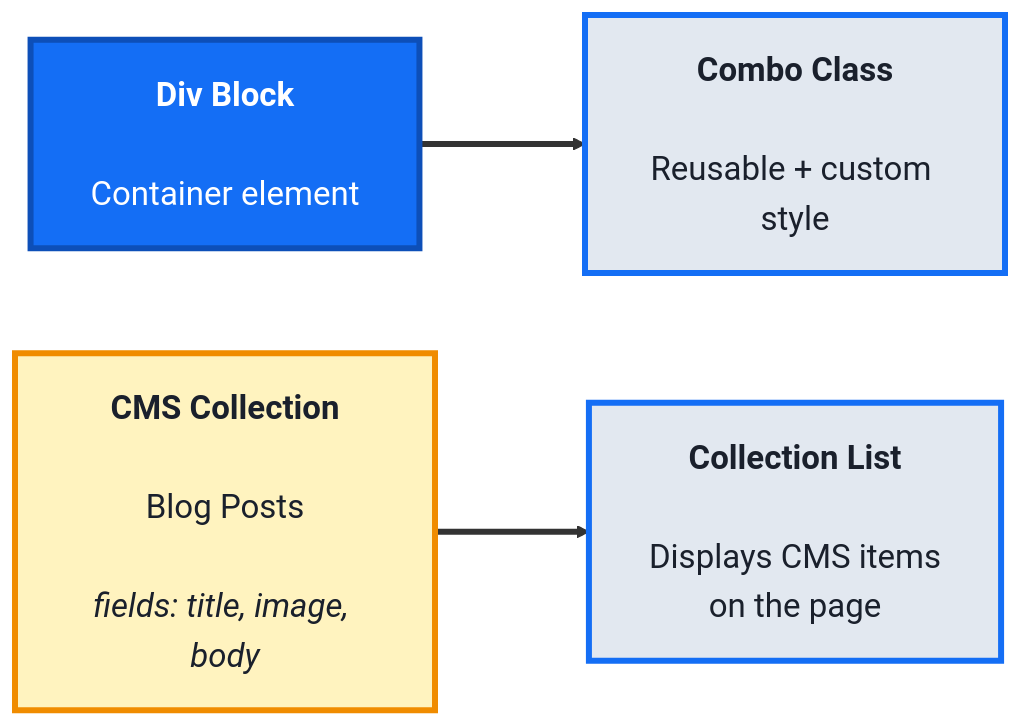
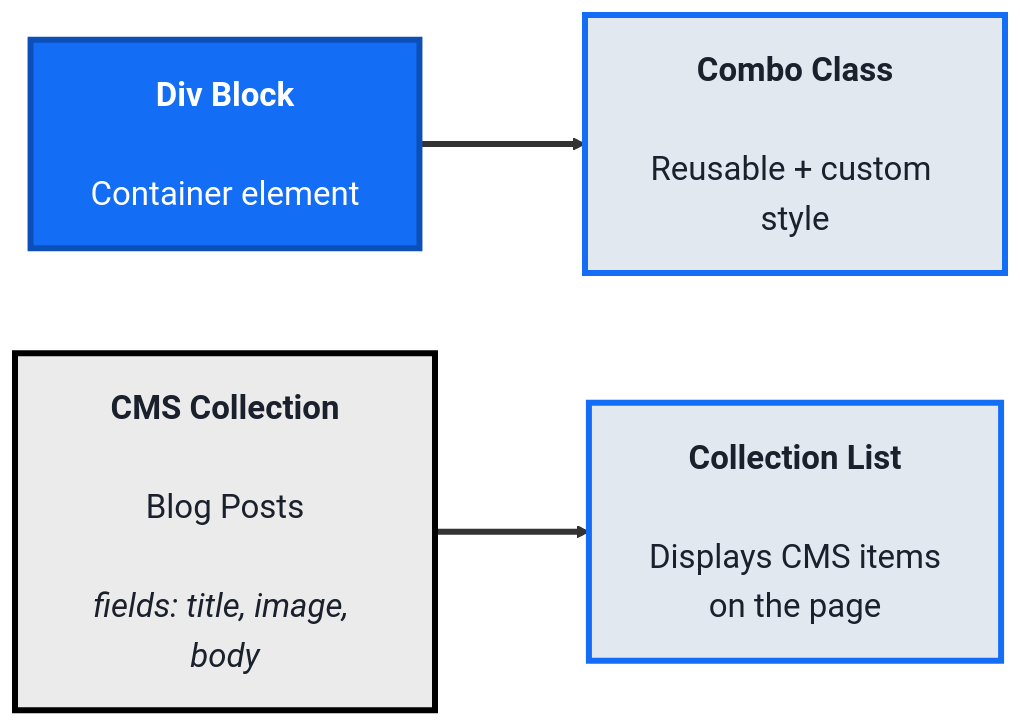
Before and after one commit to SHEMODELTECH/shemodeltech: the second of 4 diagrams in src/Pages/courses/TechArchs/website-builders-beginner-course.md, drawn with Mermaid. The commit also changed other lines of this file and 46 other files, not shown here.

````diff
--- a/src/Pages/courses/TechArchs/website-builders-beginner-course.md
+++ b/src/Pages/courses/TechArchs/website-builders-beginner-course.md
@@ -79,17 +79,17 @@
 ```mermaid
 %%{init: {'theme':'base', 'themeVariables': {'fontSize':'22px', 'primaryTextColor':'#1a202c', 'primaryBorderColor':'#146ef5', 'lineColor':'#333333'}, 'flowchart': {'nodeSpacing': 70, 'rankSpacing': 100, 'padding': 20}}}%%
 flowchart LR
     DB["<b>Div Block</b><br/><br/>Container element"]
     CC["<b>Combo Class</b><br/><br/>Reusable + custom style"]
     CMS["<b>CMS Collection</b><br/><br/>Blog Posts<br/><br/><i>fields: title, image, body</i>"]
     CL["<b>Collection List</b><br/><br/>Displays CMS items<br/>on the page"]
 
     DB ==> CC
     CMS ==> CL
 
     style DB fill:#146ef5,color:#fff,stroke:#0d4fb8,stroke-width:4px
     style CC fill:#e2e8f0,color:#1a202c,stroke:#146ef5,stroke-width:4px
-    style CMS fill:#fff3bf,color:#1a202c,stroke:#f08c00,stroke-width:4px
+    style CMS fill:#EBEBEB,color:#1a202c,stroke:#000000,stroke-width:4px
     style CL fill:#e2e8f0,color:#1a202c,stroke:#146ef5,stroke-width:4px
     linkStyle default stroke-width:4px,stroke:#333333
 ```
````
